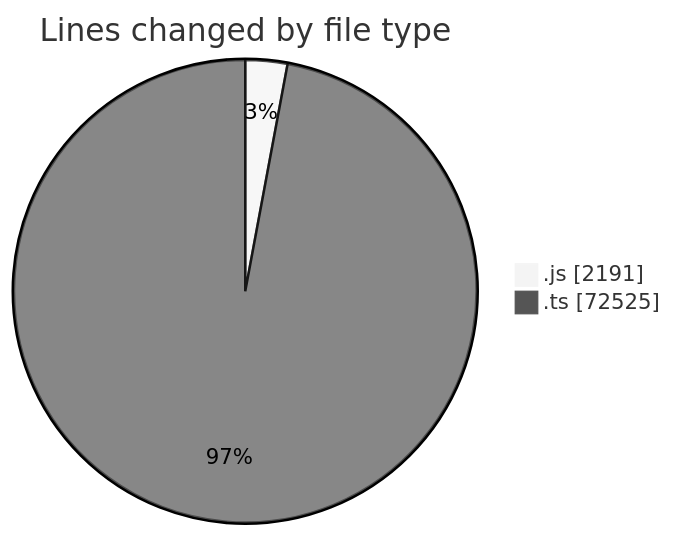
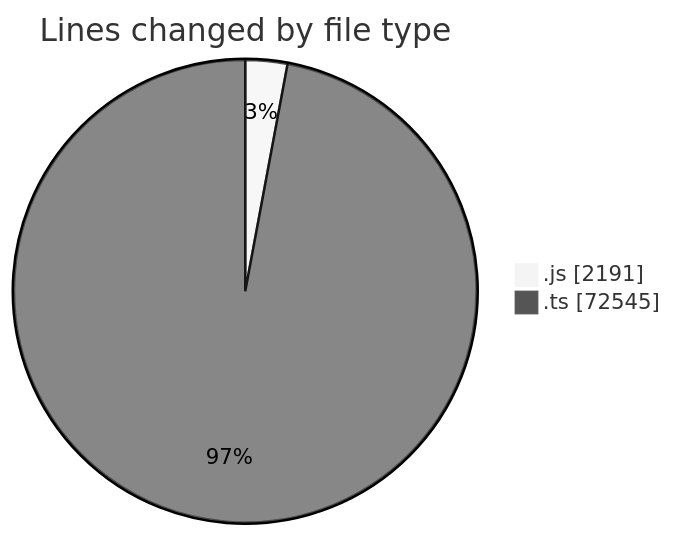
Before and after one commit to momahboobian/code-tracking: the first of 2 diagrams in 2025-06-19/cda/README.md, drawn with Mermaid (neutral theme). The commit also changed other lines of this file and 1 other file, not shown here.

````diff
--- a/2025-06-19/cda/README.md
+++ b/2025-06-19/cda/README.md
@@ -40,6 +40,6 @@
 ```mermaid
 pie showData
 title Lines changed by file type
 ".js" : 2191
-".ts" : 72525
+".ts" : 72545
 ```
````
